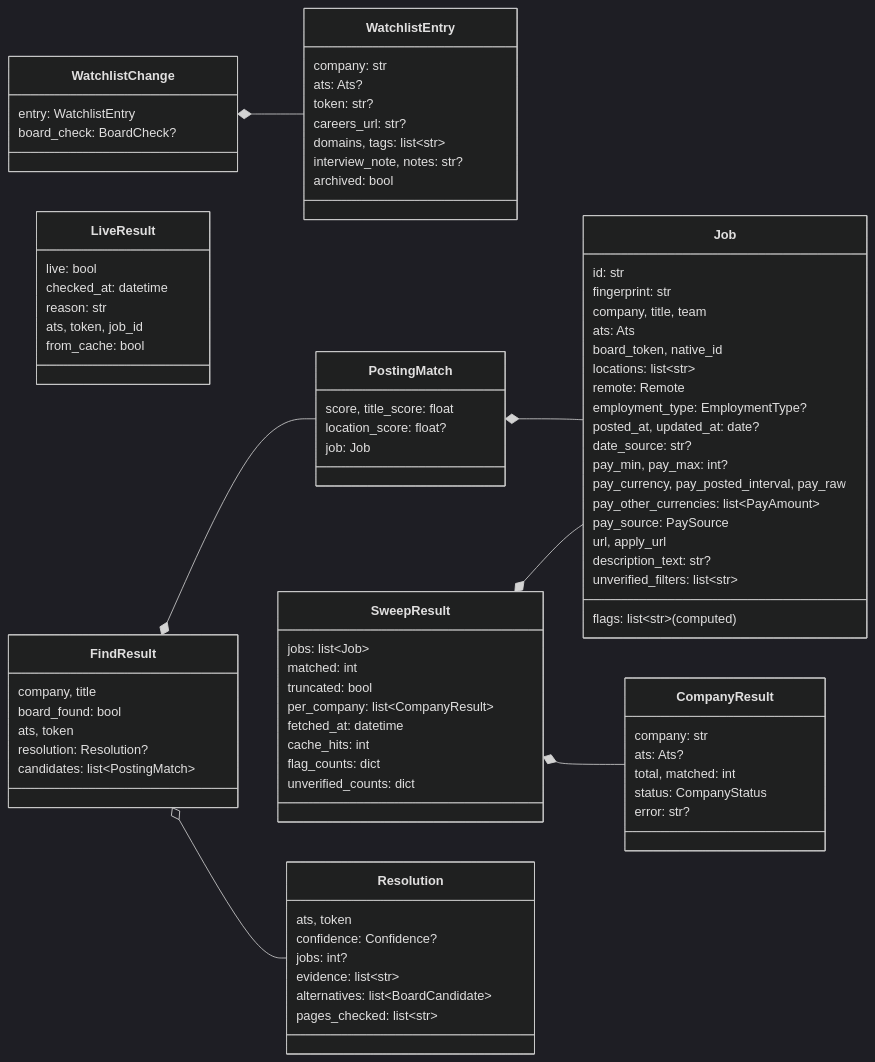
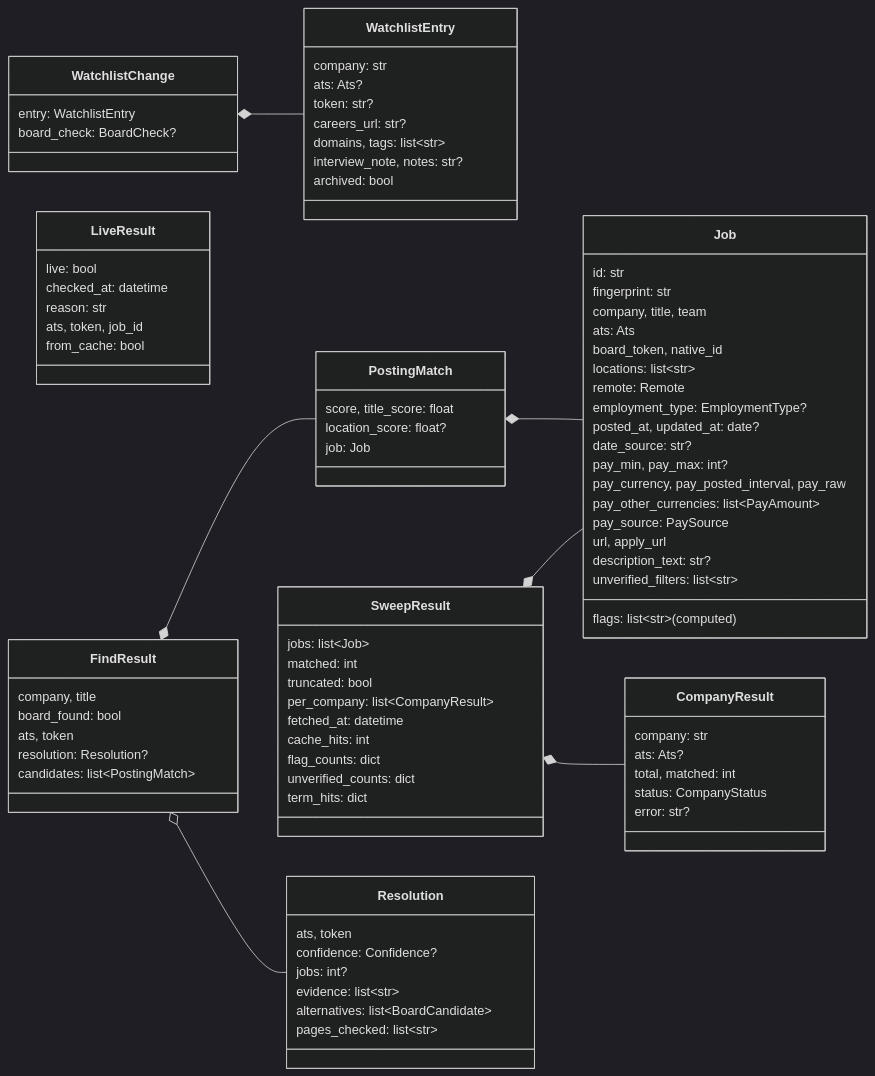
Before and after one commit to HakujouRyu/jobboard-mcp: the sixth of 7 diagrams in docs/architecture.md, drawn with Mermaid (dark theme). The commit also changed other lines of this file and 10 other files, not shown here.

First line of the commit message:
Refuse regex title terms and report hits per term

```diff
--- a/docs/architecture.md
+++ b/docs/architecture.md
@@ -302,6 +302,7 @@
         cache_hits: int
         flag_counts: dict
         unverified_counts: dict
+        term_hits: dict
     }
     class CompanyResult {
         company: str
```
